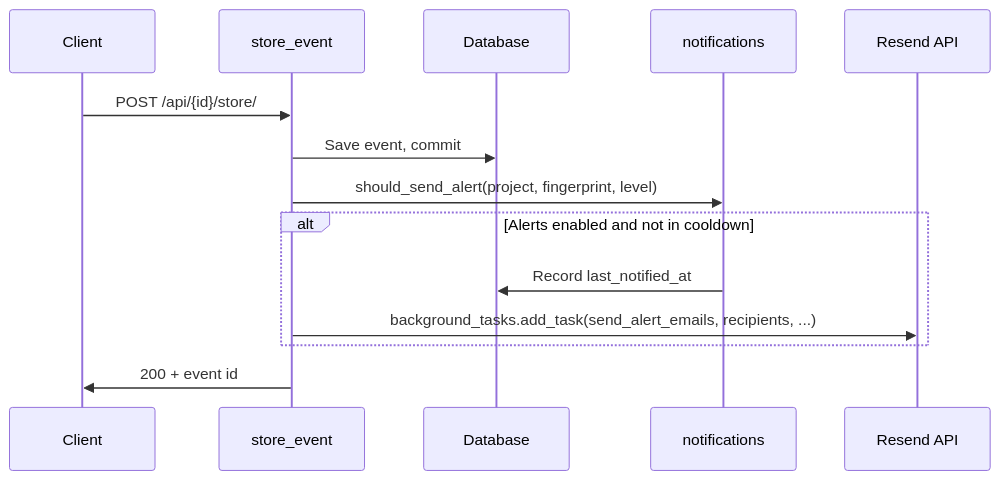
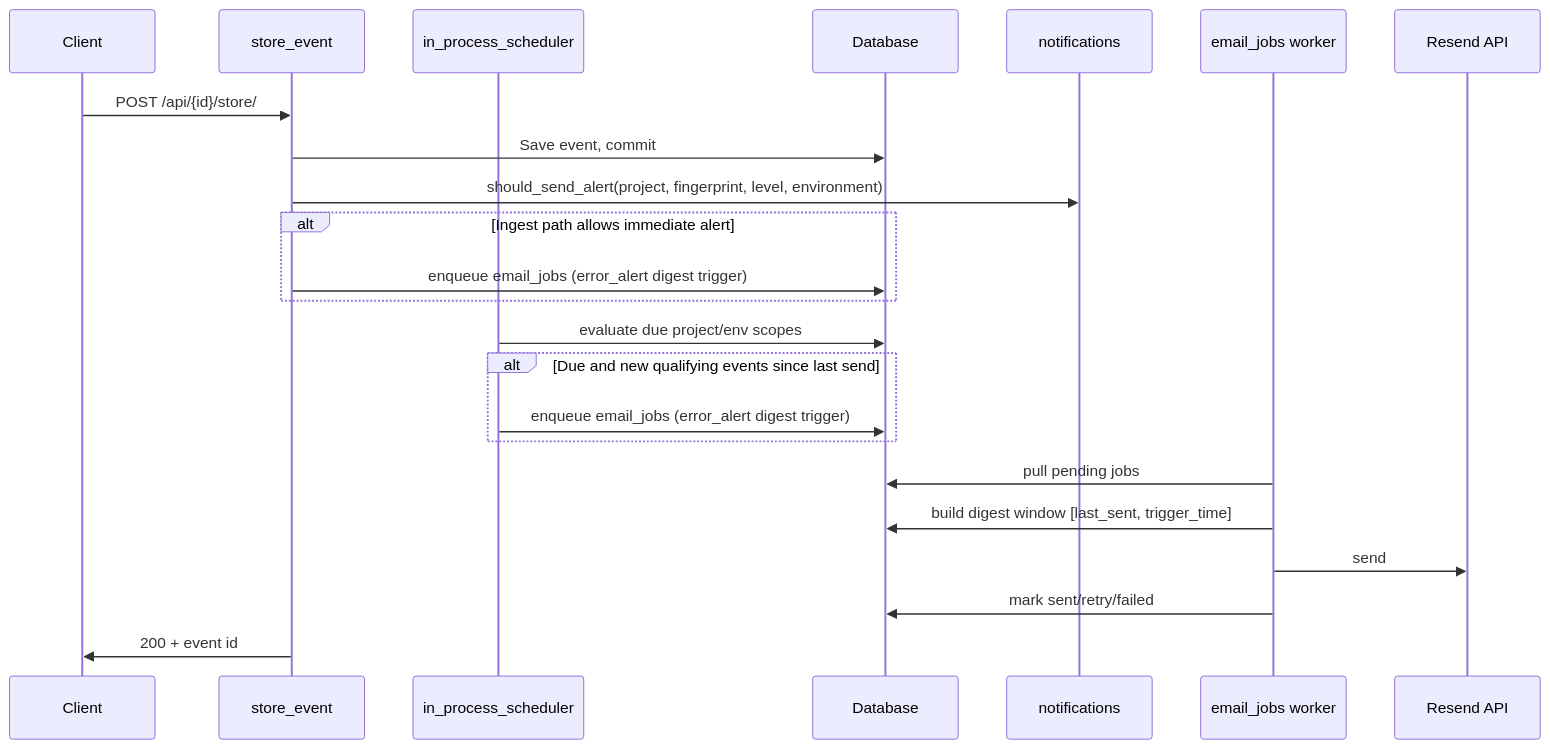
The first of 2 diagrams in docs/architecture/email-alerts.md (KingPegasus/XrayRadar), drawn with Mermaid before and after one commit. The commit also changed other lines of this file and 73 other files, not shown here.

First line of the commit message:
v0.12 -  Environment filtering and ACL (members + tokens), token env scoping in the UI, durable email queue, and environment-aware digest alerts.

````diff
--- a/docs/architecture/email-alerts.md
+++ b/docs/architecture/email-alerts.md
@@ -9,17 +11,26 @@
 ```mermaid
 sequenceDiagram
   participant Client
   participant API as store_event
+  participant Scheduler as in_process_scheduler
   participant DB as Database
   participant Alerts as notifications
+  participant Jobs as email_jobs worker
   participant Resend as Resend API
 
   Client->>API: POST /api/{id}/store/
   API->>DB: Save event, commit
-  API->>Alerts: should_send_alert(project, fingerprint, level)
-  alt Alerts enabled and not in cooldown
-    Alerts->>DB: Record last_notified_at
-    API->>Resend: background_tasks.add_task(send_alert_emails, recipients, ...)
+  API->>Alerts: should_send_alert(project, fingerprint, level, environment)
+  alt Ingest path allows immediate alert
+    API->>DB: enqueue email_jobs (error_alert digest trigger)
   end
+  Scheduler->>DB: evaluate due project/env scopes
+  alt Due and new qualifying events since last send
+    Scheduler->>DB: enqueue email_jobs (error_alert digest trigger)
+  end
+  Jobs->>DB: pull pending jobs
+  Jobs->>DB: build digest window [last_sent, trigger_time]
+  Jobs->>Resend: send
+  Jobs->>DB: mark sent/retry/failed
   API->>Client: 200 + event id
 ```
````
